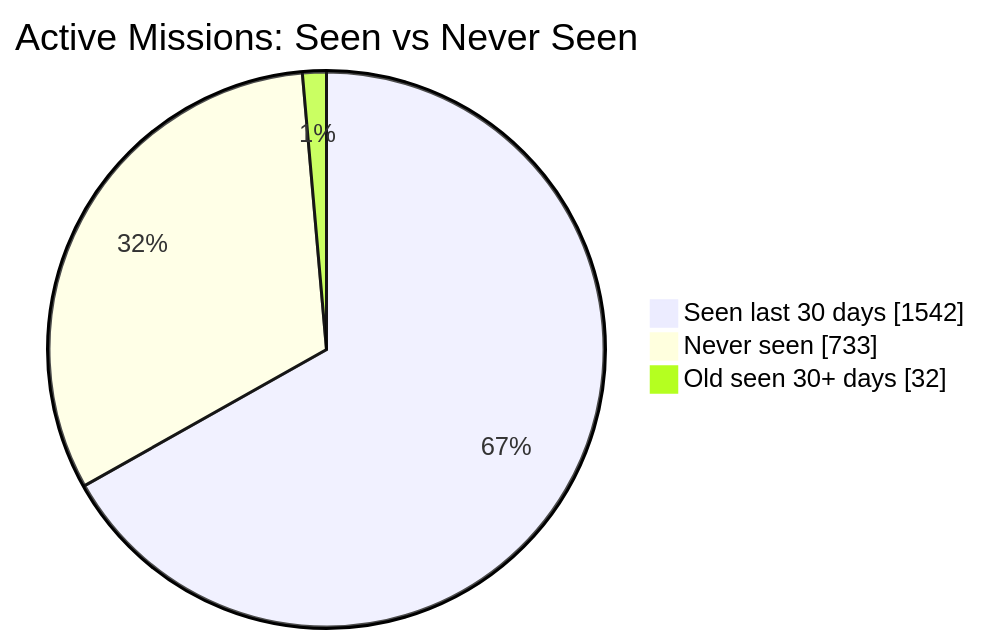
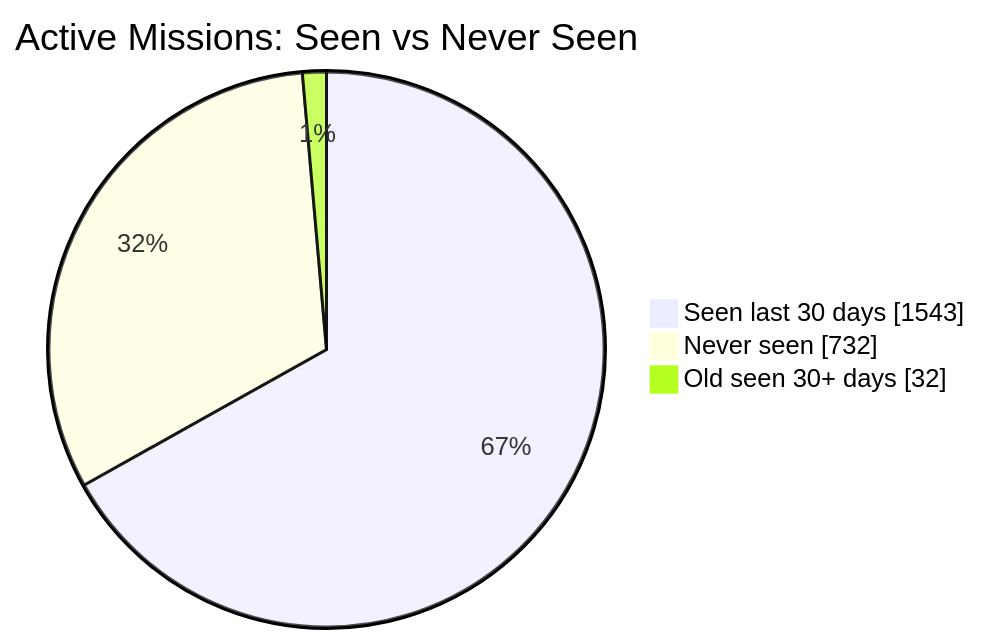
One commit to MeldkamerspelGameTeam/active-missions changed the first of 2 diagrams in README.md. Above: the diagram before and after it, drawn with Mermaid. The commit also changed other lines of this file and 3 other files, not shown here.

````diff
--- a/README.md
+++ b/README.md
@@ -34,7 +34,7 @@
 ```mermaid
 pie showData
     title Active Missions: Seen vs Never Seen
-    "Seen last 30 days" : 1542
-    "Never seen" : 733
+    "Seen last 30 days" : 1543
+    "Never seen" : 732
     "Old seen 30+ days" : 32
 ```
````
